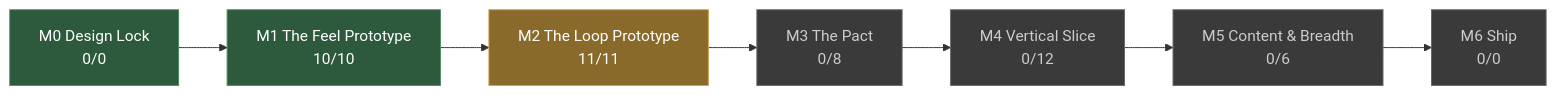
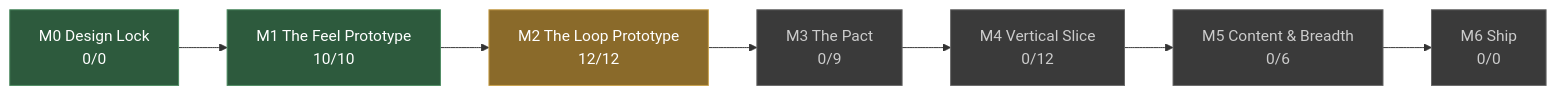
One commit to JoshuaGessner/she changed the diagram in docs/STATUS.md. Above: the diagram before and after it, drawn with Mermaid. The commit also changed other lines of this file and 14 other files, not shown here.

````diff
--- a/docs/STATUS.md
+++ b/docs/STATUS.md
@@ -13,19 +13,19 @@
 ```mermaid
 flowchart LR
   M0["M0 Design Lock<br/>0/0"]:::passed
   M1["M1 The Feel Prototype<br/>10/10"]:::passed
   M0 --> M1
-  M2["M2 The Loop Prototype<br/>11/11"]:::current
+  M2["M2 The Loop Prototype<br/>12/12"]:::current
   M1 --> M2
-  M3["M3 The Pact<br/>0/8"]:::ahead
+  M3["M3 The Pact<br/>0/9"]:::ahead
   M2 --> M3
   M4["M4 Vertical Slice<br/>0/12"]:::ahead
   M3 --> M4
   M5["M5 Content & Breadth<br/>0/6"]:::ahead
   M4 --> M5
   M6["M6 Ship<br/>0/0"]:::ahead
   M5 --> M6
   classDef passed fill:#2d5a3d,stroke:#4a8a5f,color:#fff
   classDef current fill:#8a6a2a,stroke:#c8a04a,color:#fff
   classDef ahead fill:#3a3a3a,stroke:#666,color:#ccc
 ```
````
